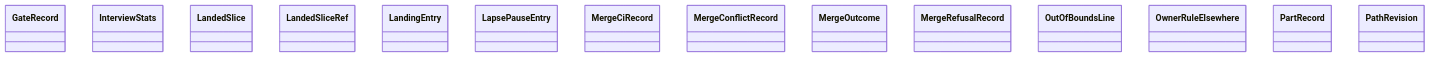
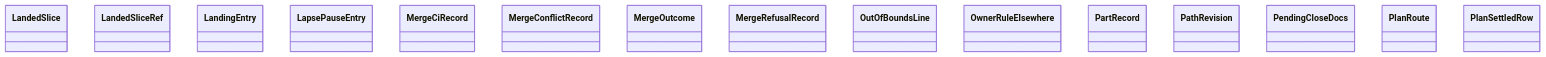
Before and after one commit to GonzaloZevallos/agentic-system: the diagram in docs/architecture/generated/classes-process-domain-state-5.md, drawn with Mermaid. The commit also changed other lines of this file and 14 other files, not shown here.

````diff
--- a/docs/architecture/generated/classes-process-domain-state-5.md
+++ b/docs/architecture/generated/classes-process-domain-state-5.md
@@ -25,17 +25,18 @@
 ```mermaid
 classDiagram
-    class task__GateRecord["GateRecord"]
-    class task__InterviewStats["InterviewStats"]
     class task__LandedSlice["LandedSlice"]
     class task__LandedSliceRef["LandedSliceRef"]
     class task__LandingEntry["LandingEntry"]
     class task__LapsePauseEntry["LapsePauseEntry"]
     class task__MergeCiRecord["MergeCiRecord"]
     class task__MergeConflictRecord["MergeConflictRecord"]
     class task__MergeOutcome["MergeOutcome"]
     class task__MergeRefusalRecord["MergeRefusalRecord"]
     class task__OutOfBoundsLine["OutOfBoundsLine"]
     class task__OwnerRuleElsewhere["OwnerRuleElsewhere"]
     class task__PartRecord["PartRecord"]
     class task__PathRevision["PathRevision"]
+    class task__PendingCloseDocs["PendingCloseDocs"]
+    class task__PlanRoute["PlanRoute"]
+    class task__PlanSettledRow["PlanSettledRow"]
 ```
````
